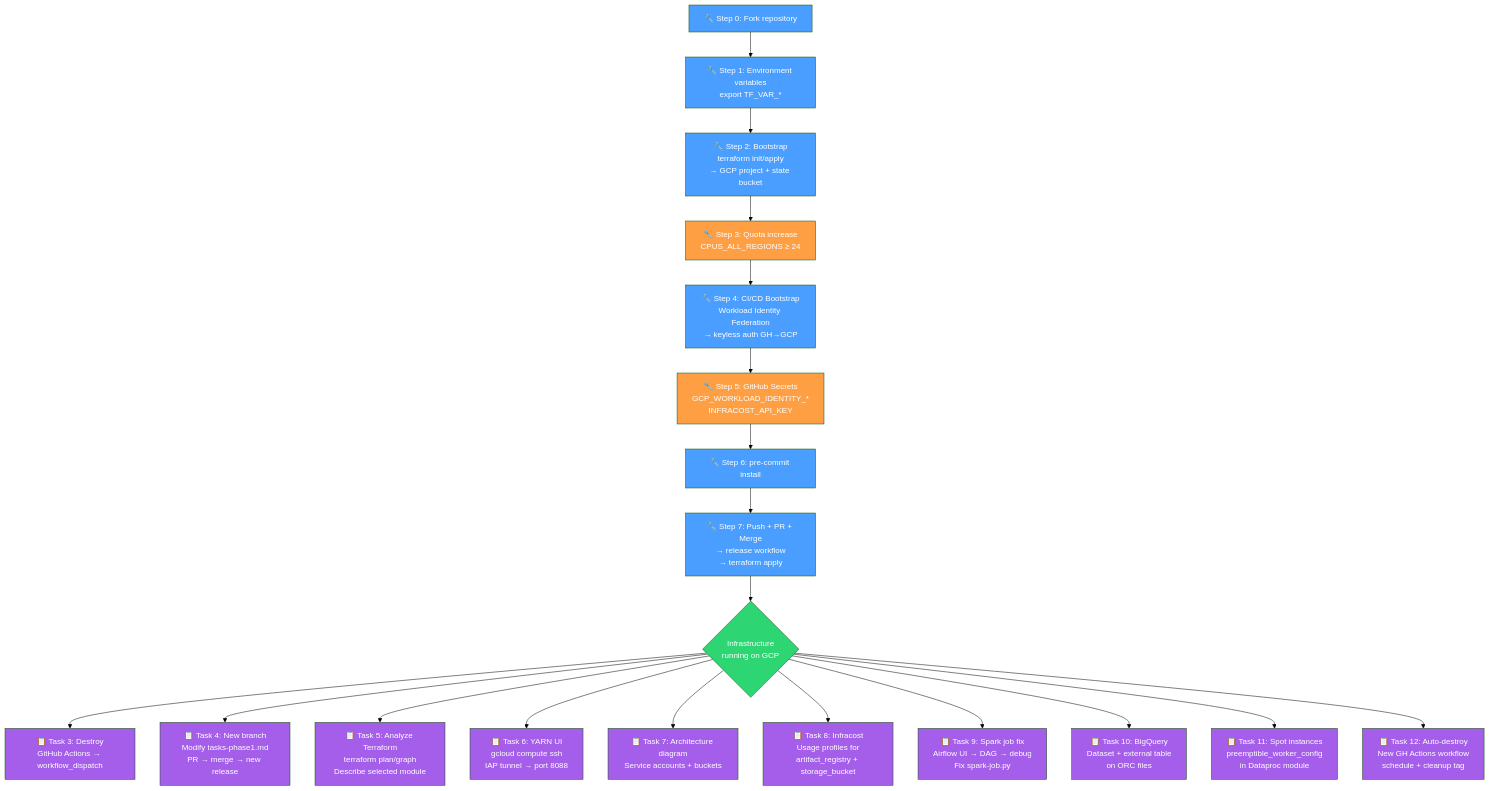
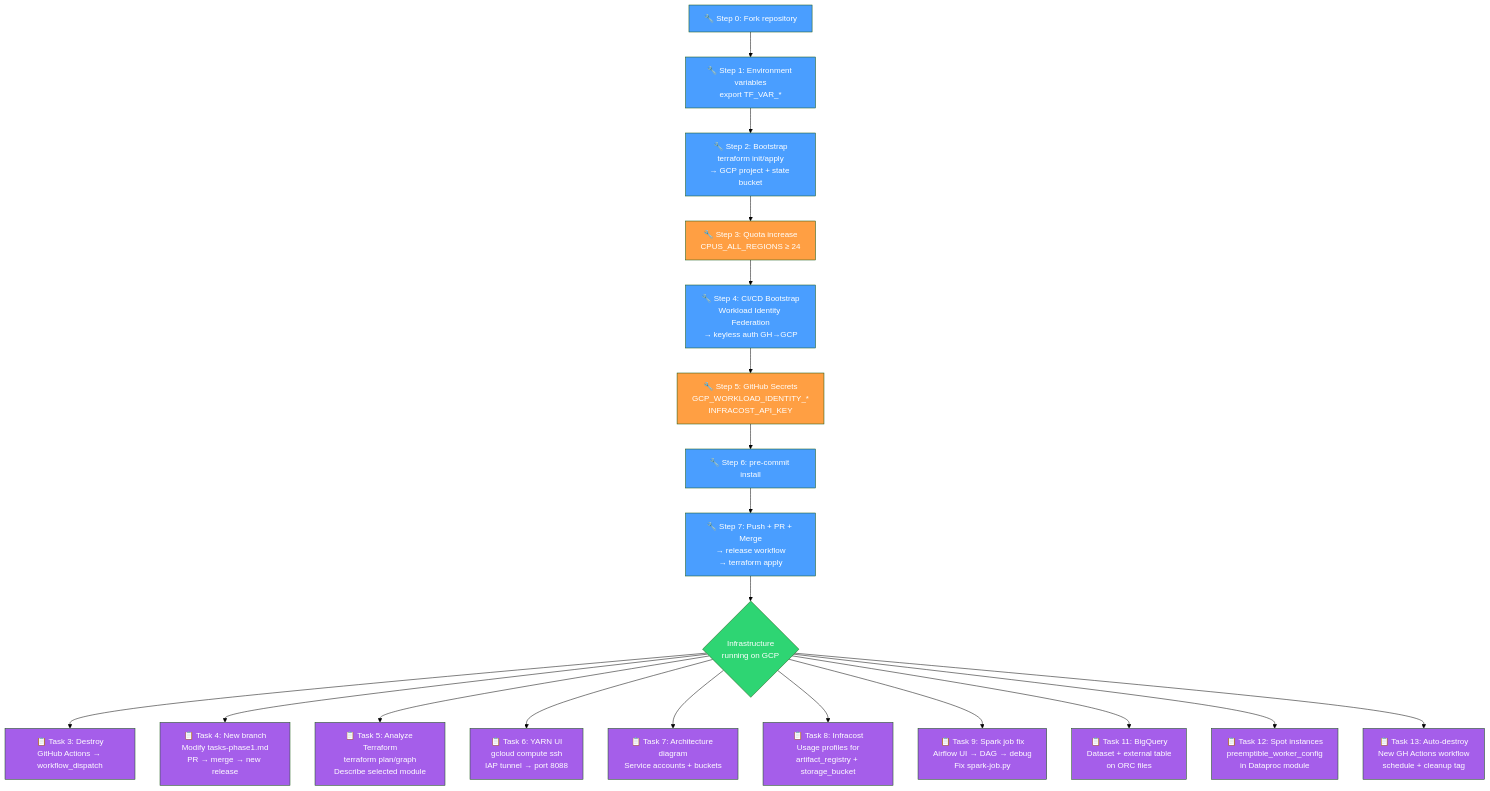
Before and after one commit to lkzs2003/tbd-workshop-1: the diagram in tasks-phase1.md, drawn with Mermaid (forest theme). The commit also changed other lines of this file and 10 other files, not shown here.

First line of the commit message:
docs: complete phase 1 report with screenshots and architecture

````diff
--- a/tasks-phase1.md
+++ b/tasks-phase1.md
@@ -6,41 +6,41 @@
 ```mermaid
 flowchart TD
     A[🔧 Step 0: Fork repository] --> B[🔧 Step 1: Environment variables\nexport TF_VAR_*]
     B --> C[🔧 Step 2: Bootstrap\nterraform init/apply\n→ GCP project + state bucket]
     C --> D[🔧 Step 3: Quota increase\nCPUS_ALL_REGIONS ≥ 24]
     D --> E[🔧 Step 4: CI/CD Bootstrap\nWorkload Identity Federation\n→ keyless auth GH→GCP]
     E --> F[🔧 Step 5: GitHub Secrets\nGCP_WORKLOAD_IDENTITY_*\nINFRACOST_API_KEY]
     F --> G[🔧 Step 6: pre-commit install]
     G --> H[🔧 Step 7: Push + PR + Merge\n→ release workflow\n→ terraform apply]
     H --> I{Infrastructure\nrunning on GCP}
     I --> J[📋 Task 3: Destroy\nGitHub Actions → workflow_dispatch]
     I --> K[📋 Task 4: New branch\nModify tasks-phase1.md\nPR → merge → new release]
     I --> L[📋 Task 5: Analyze Terraform\nterraform plan/graph\nDescribe selected module]
     I --> M[📋 Task 6: YARN UI\ngcloud compute ssh\nIAP tunnel → port 8088]
     I --> N[📋 Task 7: Architecture diagram\nService accounts + buckets]
     I --> O[📋 Task 8: Infracost\nUsage profiles for\nartifact_registry + storage_bucket]
     I --> P[📋 Task 9: Spark job fix\nAirflow UI → DAG → debug\nFix spark-job.py]
-    I --> Q[📋 Task 10: BigQuery\nDataset + external table\non ORC files]
-    I --> R[📋 Task 11: Spot instances\npreemptible_worker_config\nin Dataproc module]
-    I --> S[📋 Task 12: Auto-destroy\nNew GH Actions workflow\nschedule + cleanup tag]
+    I --> Q[📋 Task 11: BigQuery\nDataset + external table\non ORC files]
+    I --> R[📋 Task 12: Spot instances\npreemptible_worker_config\nin Dataproc module]
+    I --> S[📋 Task 13: Auto-destroy\nNew GH Actions workflow\nschedule + cleanup tag]
 
     style A fill:#4a9eff,color:#fff
     style B fill:#4a9eff,color:#fff
     style C fill:#4a9eff,color:#fff
     style D fill:#ff9f43,color:#fff
     style E fill:#4a9eff,color:#fff
     style F fill:#ff9f43,color:#fff
     style G fill:#4a9eff,color:#fff
     style H fill:#4a9eff,color:#fff
     style I fill:#2ed573,color:#fff
     style J fill:#a55eea,color:#fff
     style K fill:#a55eea,color:#fff
     style L fill:#a55eea,color:#fff
     style M fill:#a55eea,color:#fff
     style N fill:#a55eea,color:#fff
     style O fill:#a55eea,color:#fff
     style P fill:#a55eea,color:#fff
     style Q fill:#a55eea,color:#fff
     style R fill:#a55eea,color:#fff
     style S fill:#a55eea,color:#fff
 ```
````
